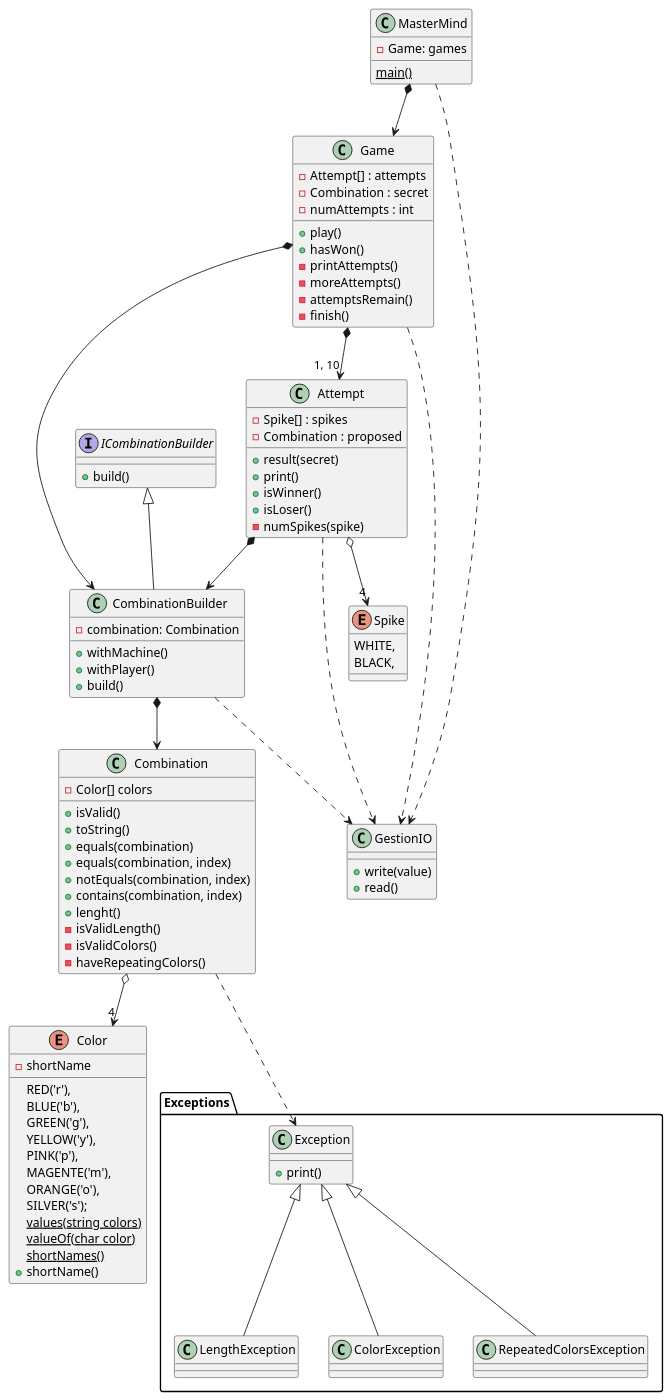
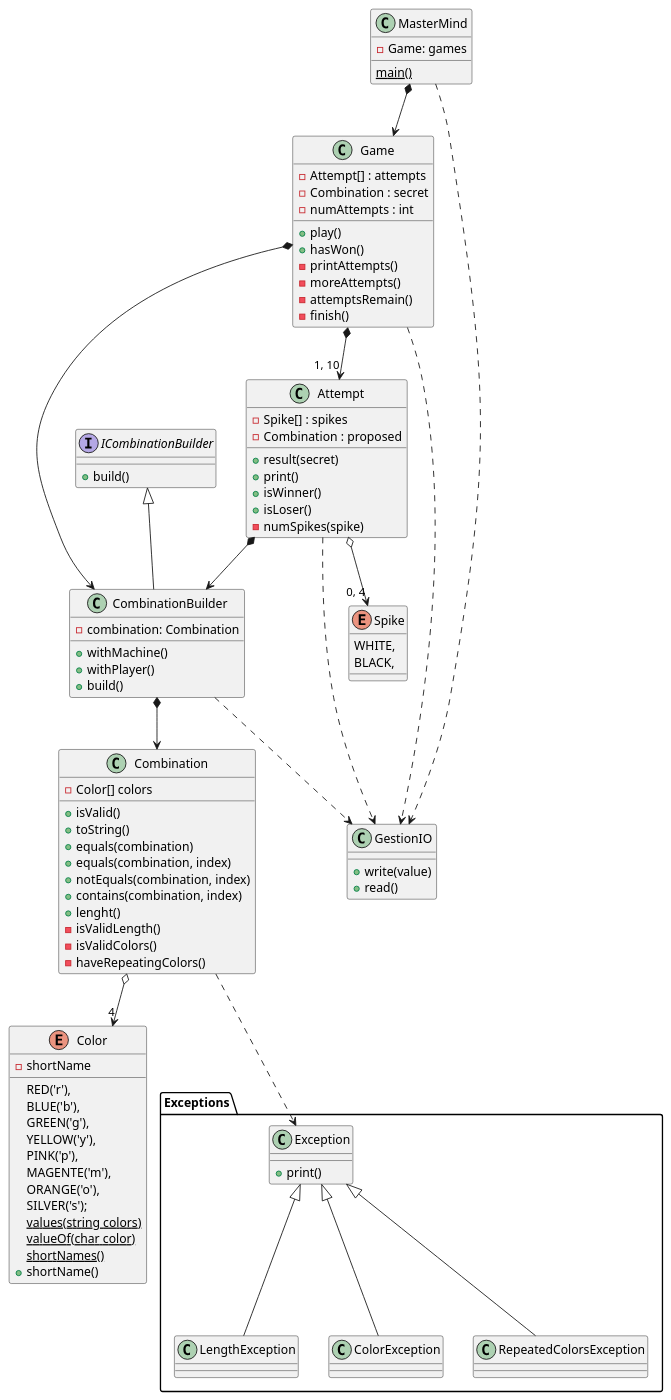
The diagram in classDiagram.wsd (Master-Desarrollo-20-21/ejercicio-2-vista-publica-clases-mastermind-ddominguezh), drawn with PlantUML before and after one commit.

```diff
--- a/classDiagram.wsd
+++ b/classDiagram.wsd
@@ -1,108 +1,108 @@
 @startuml
 
 class MasterMind{
     - Game: games
     {static} main()
 }
 
 class Game {
     - Attempt[] : attempts
     - Combination : secret
     - numAttempts : int
     + play()
     + hasWon()
     - printAttempts()
     - moreAttempts()
     - attemptsRemain()
     - finish()
 }
 
 class Attempt {
     - Spike[] : spikes
     - Combination : proposed
     + result(secret)
     + print()
     + isWinner()
     + isLoser()
     - numSpikes(spike)
 }
 
 interface ICombinationBuilder {
     + build()
 }
 
 class CombinationBuilder {
     - combination: Combination
     + withMachine()
     + withPlayer()
     + build()
 }
     
 class Combination {
     - Color[] colors
     + isValid()
     + toString()
     + equals(combination)
     + equals(combination, index)
     + notEquals(combination, index)
     + contains(combination, index)
     + lenght()
     - isValidLength()
     - isValidColors()
     - haveRepeatingColors()
 }
 
 class GestionIO{
     + write(value)
     + read()
 }
 
 package "Exceptions" #FFFFFF {
     class Exception {
         + print()
     }
     class LengthException {}
     class ColorException {}
     class RepeatedColorsException{}
 }
 
 enum Color{
     RED('r'),
     BLUE('b'),
     GREEN('g'),
     YELLOW('y'),
     PINK('p'),
     MAGENTE('m'),
     ORANGE('o'),
     SILVER('s');
     - shortName
     {static} values(string colors)
     {static} valueOf(char color)
     {static} shortNames()
     + shortName()
 }
 
 enum Spike {
     WHITE,
     BLACK,
 }
 
 MasterMind *--> Game
 MasterMind ..> GestionIO
 Game *--> CombinationBuilder
 Game *--> "1, 10" Attempt
 Game ..> GestionIO
 Attempt *--> CombinationBuilder
-Attempt o--> "4" Spike
+Attempt o--> "0, 4" Spike
 Attempt ..> GestionIO
 ICombinationBuilder <|-- CombinationBuilder
 CombinationBuilder *--> Combination
 CombinationBuilder ..> GestionIO
 Combination o--> "4" Color
 Combination ..> Exception
 
 Exception <|-- LengthException
 Exception <|-- ColorException
 Exception <|-- RepeatedColorsException
 
 @enduml
```
